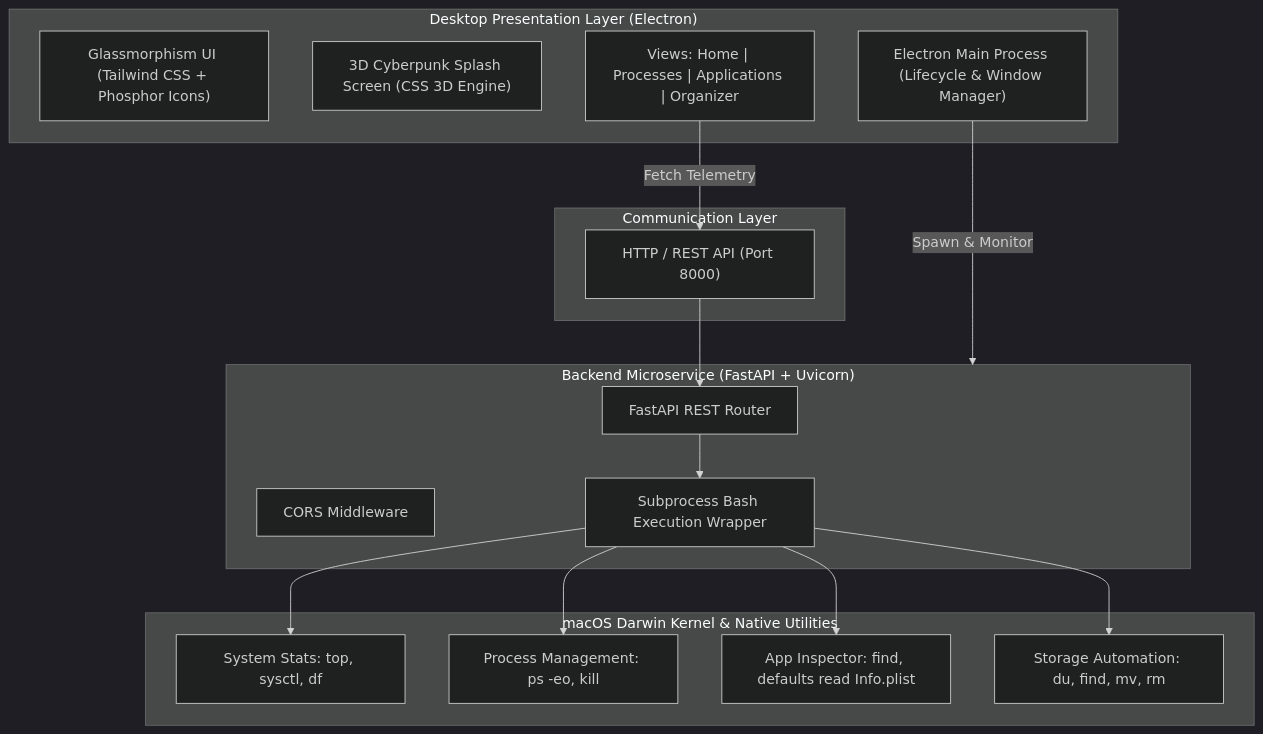
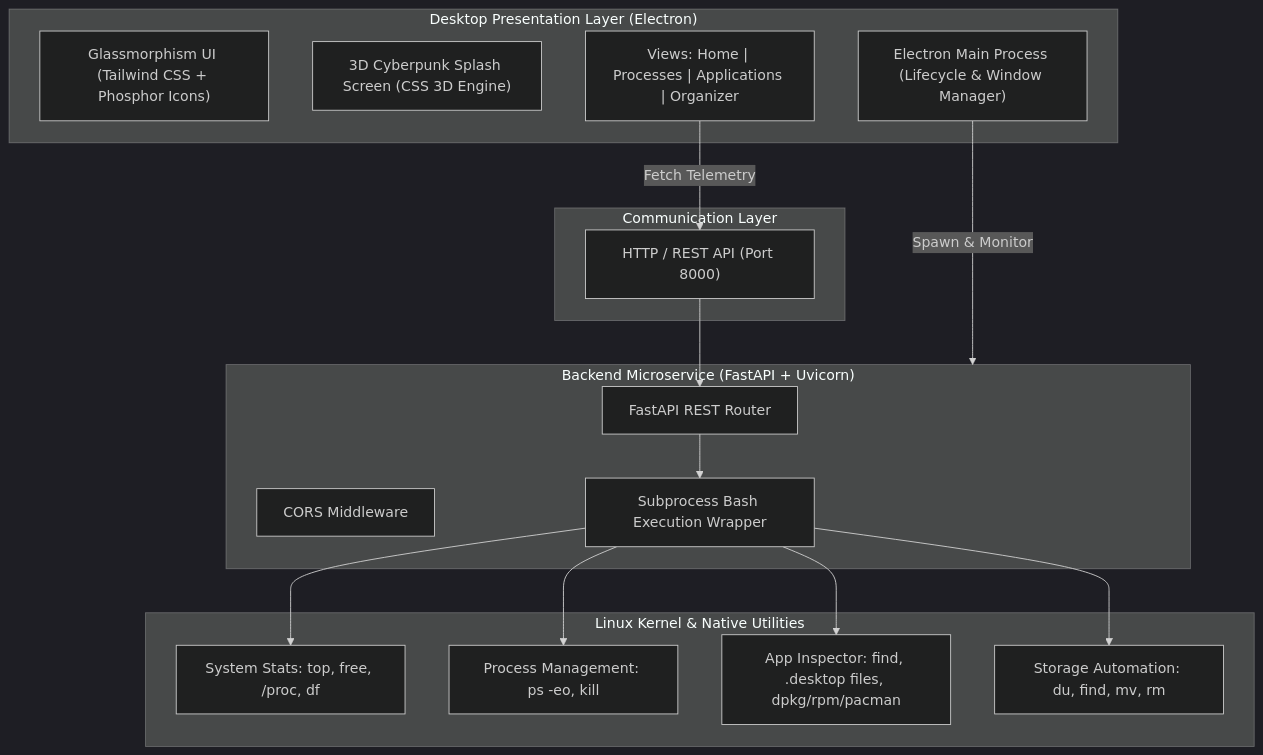
Before and after one commit to methun404/Nexyra: the diagram in README.md, drawn with Mermaid (dark theme). The commit also changed other lines of this file, not shown here.

First line of the commit message:
Revise README for Linux support and details

````diff
--- a/README.md
+++ b/README.md
@@ -69,35 +70,35 @@
 ```mermaid
 graph TD
     subgraph Client["Desktop Presentation Layer (Electron)"]
         UI["Glassmorphism UI (Tailwind CSS + Phosphor Icons)"]
         Splash["3D Cyberpunk Splash Screen (CSS 3D Engine)"]
         Views["Views: Home | Processes | Applications | Organizer"]
         WinMgr["Electron Main Process (Lifecycle & Window Manager)"]
     end
 
     subgraph IPC["Communication Layer"]
         HTTP["HTTP / REST API (Port 8000)"]
     end
 
     subgraph Server["Backend Microservice (FastAPI + Uvicorn)"]
         API["FastAPI REST Router"]
         CorsMW["CORS Middleware"]
         Runner["Subprocess Bash Execution Wrapper"]
     end
 
-    subgraph Kernel["macOS Darwin Kernel & Native Utilities"]
-        SysUtil["System Stats: top, sysctl, df"]
+    subgraph Kernel["Linux Kernel & Native Utilities"]
+        SysUtil["System Stats: top, free, /proc, df"]
         ProcUtil["Process Management: ps -eo, kill"]
-        AppUtil["App Inspector: find, defaults read Info.plist"]
+        AppUtil["App Inspector: find, .desktop files, dpkg/rpm/pacman"]
         FileUtil["Storage Automation: du, find, mv, rm"]
     end
 
     WinMgr -->|Spawn & Monitor| Server
     Views -->|Fetch Telemetry| HTTP
     HTTP --> API
     API --> Runner
     Runner --> SysUtil
     Runner --> ProcUtil
     Runner --> AppUtil
     Runner --> FileUtil
 ```
````
